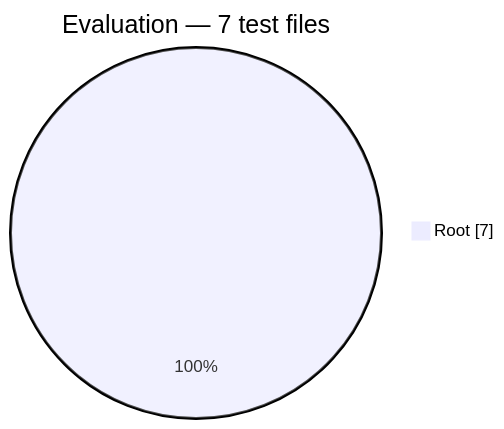
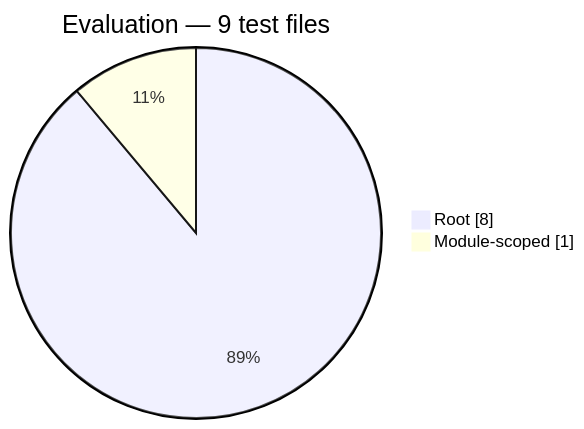
Before and after one commit to Mohammed-Alama/php-arazzo: the third of 8 diagrams in docs/generated/test-composition.md, drawn with Mermaid. The commit also changed other lines of this file and 16 other files, not shown here.

````diff
--- a/docs/generated/test-composition.md
+++ b/docs/generated/test-composition.md
@@ -42,5 +42,6 @@
 ```mermaid
 pie showData
-    title Evaluation — 7 test files
-    "Root": 7
+    title Evaluation — 9 test files
+    "Root": 8
+    "Module-scoped": 1
 ```
````
